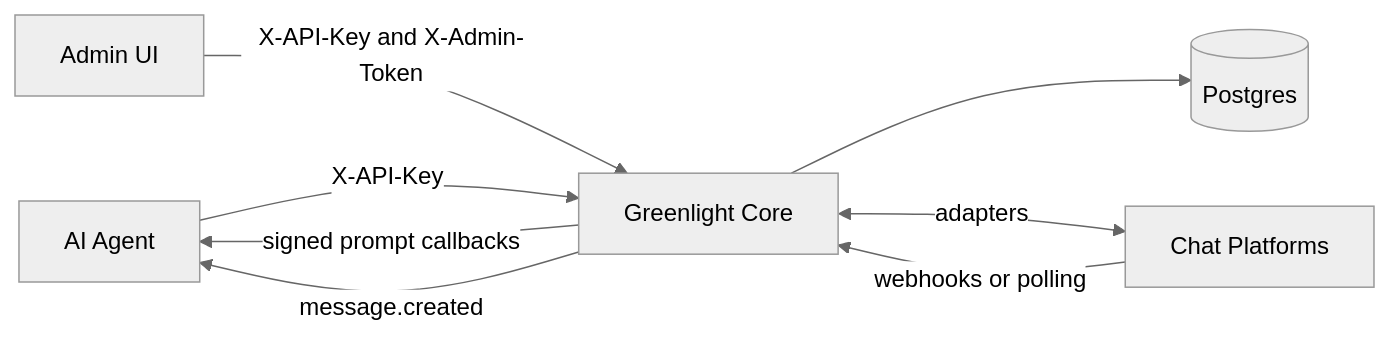
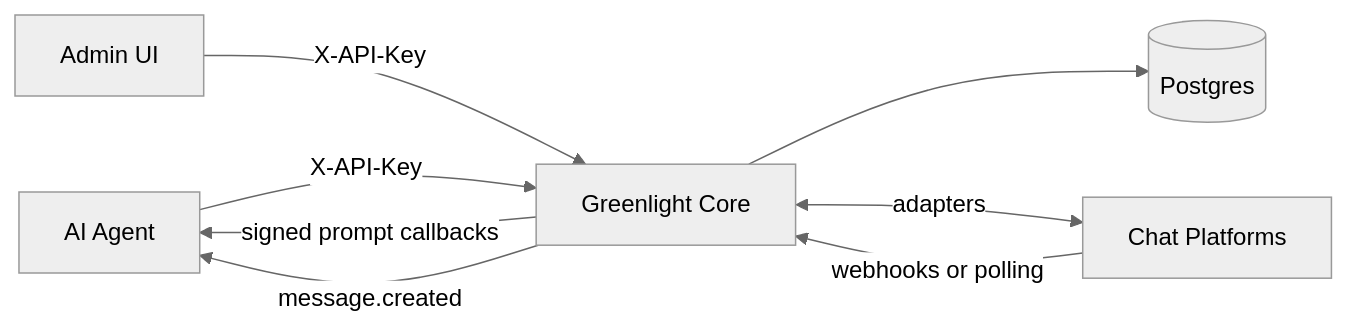
The diagram in docs-site/content/guides/architecture.mdx (HashTerm/greenlight), drawn with Mermaid before and after one commit. The commit also changed other lines of this file and 65 other files, not shown here.

````diff
--- a/docs-site/content/guides/architecture.mdx
+++ b/docs-site/content/guides/architecture.mdx
@@ -5,17 +5,17 @@
 ```mermaid
 %%{init: {'theme': 'neutral'}}%%
 flowchart LR
   agent[AI Agent]
   ui[Admin UI]
   core[Greenlight Core]
   db[(Postgres)]
   platforms[Chat Platforms]
 
   agent -->|X-API-Key| core
-  ui -->|"X-API-Key and X-Admin-Token"| core
+  ui -->|X-API-Key| core
   core --> db
   core <-->|adapters| platforms
   core -->|signed prompt callbacks| agent
   core -->|message.created| agent
   platforms -->|webhooks or polling| core
 ```
````
